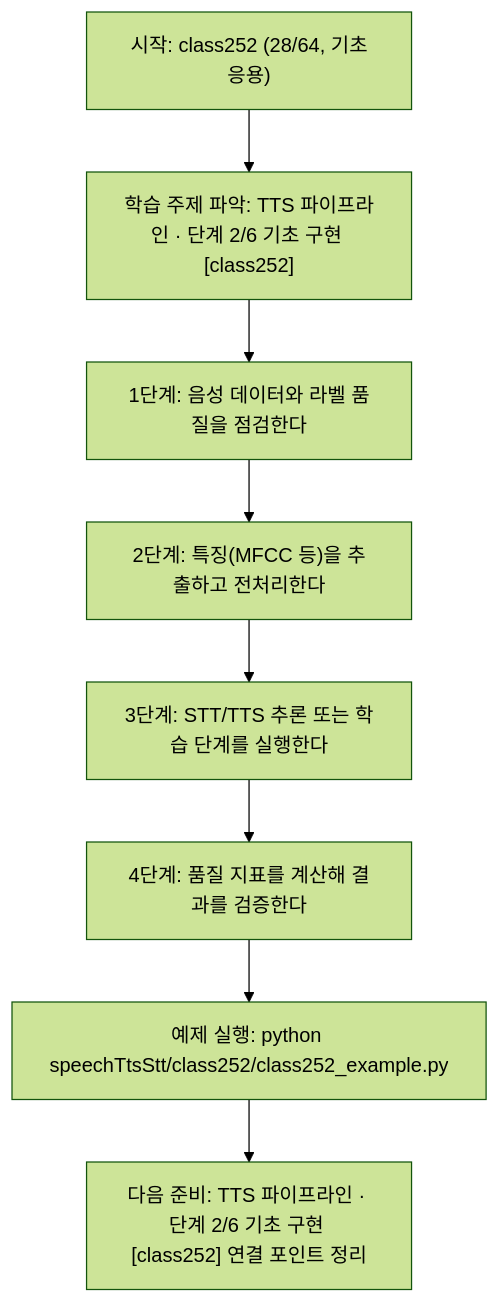
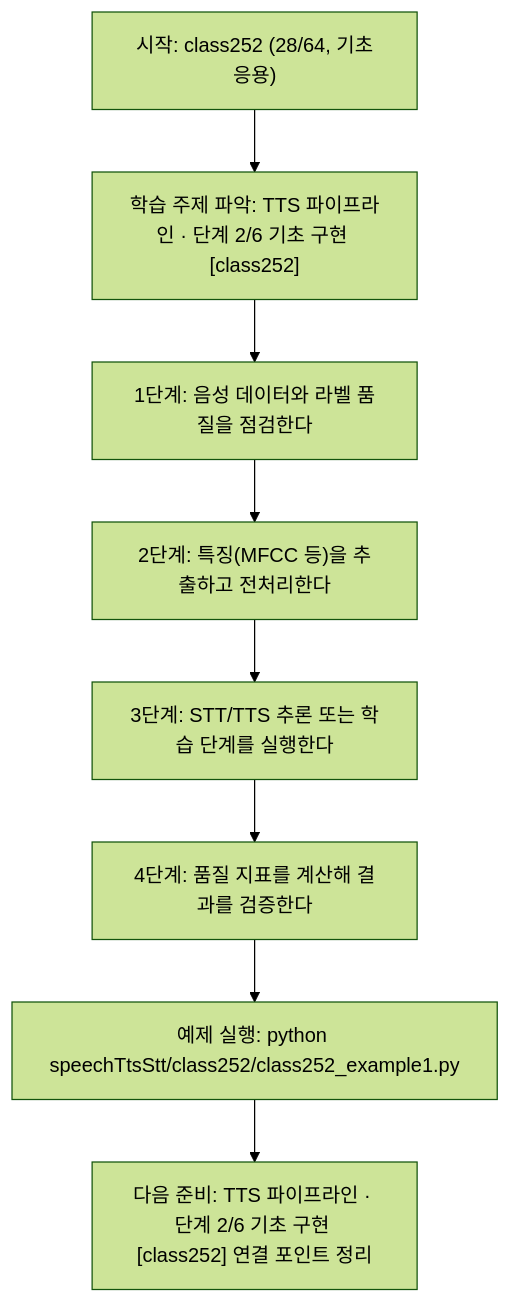
Before and after one commit to edumgt/Python-AI_Agent-Class: the diagram in speechTtsStt/class252/class252.md, drawn with Mermaid (forest theme). The commit also changed other lines of this file and 2959 other files, not shown here.

````diff
--- a/speechTtsStt/class252/class252.md
+++ b/speechTtsStt/class252/class252.md
@@ -113,18 +113,18 @@
 ```mermaid
 flowchart TD
 N1["시작: class252 (28/64, 기초응용)"]
 N2["학습 주제 파악: TTS 파이프라인 · 단계 2/6 기초 구현 [class252]"]
 N3["1단계: 음성 데이터와 라벨 품질을 점검한다"]
 N4["2단계: 특징(MFCC 등)을 추출하고 전처리한다"]
 N5["3단계: STT/TTS 추론 또는 학습 단계를 실행한다"]
 N6["4단계: 품질 지표를 계산해 결과를 검증한다"]
-N7["예제 실행: python speechTtsStt/class252/class252_example.py"]
+N7["예제 실행: python speechTtsStt/class252/class252_example1.py"]
 N8["다음 준비: TTS 파이프라인 · 단계 2/6 기초 구현 [class252] 연결 포인트 정리"]
 N1 --> N2
 N2 --> N3
 N3 --> N4
 N4 --> N5
 N5 --> N6
 N6 --> N7
 N7 --> N8
 ```
````
